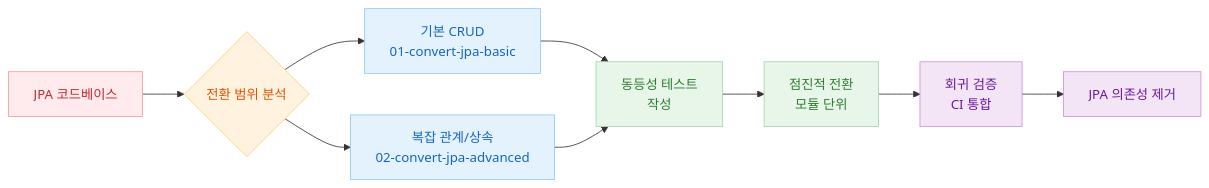
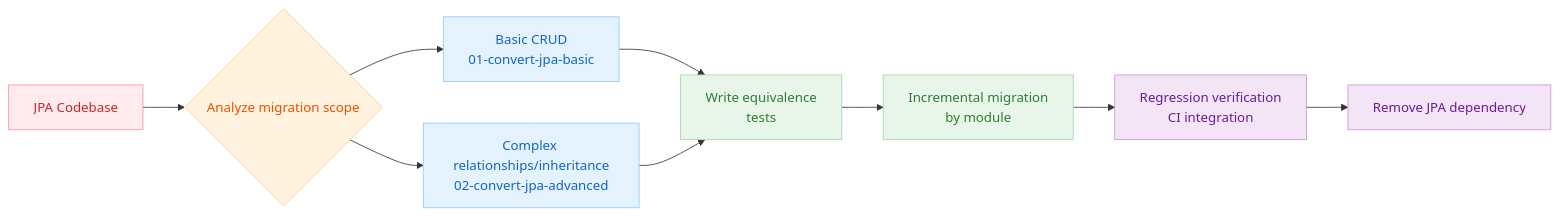
One commit to bluetape4k/exposed-workshop changed the first of 3 diagrams in 07-jpa/README.md. Above: the diagram before and after it, drawn with Mermaid. The commit also changed other lines of this file and 115 other files, not shown here.

````diff
--- a/07-jpa/README.md
+++ b/07-jpa/README.md
@@ -33,23 +35,23 @@
 ```mermaid
 flowchart LR
-    A[JPA 코드베이스] --> B{전환 범위 분석}
-    B --> C[기본 CRUD\n01-convert-jpa-basic]
-    B --> D[복잡 관계/상속\n02-convert-jpa-advanced]
-    C --> E[동등성 테스트\n작성]
+    A[JPA Codebase] --> B{Analyze migration scope}
+    B --> C[Basic CRUD\n01-convert-jpa-basic]
+    B --> D[Complex relationships/inheritance\n02-convert-jpa-advanced]
+    C --> E[Write equivalence\ntests]
     D --> E
-    E --> F[점진적 전환\n모듈 단위]
-    F --> G[회귀 검증\nCI 통합]
-    G --> H[JPA 의존성 제거]
+    E --> F[Incremental migration\nby module]
+    F --> G[Regression verification\nCI integration]
+    G --> H[Remove JPA dependency]
 
     classDef red fill:#FFEBEE,stroke:#EF9A9A,color:#C62828
     classDef blue fill:#E3F2FD,stroke:#90CAF9,color:#1565C0
     classDef green fill:#E8F5E9,stroke:#A5D6A7,color:#2E7D32
     classDef orange fill:#FFF3E0,stroke:#FFCC80,color:#E65100
     classDef purple fill:#F3E5F5,stroke:#CE93D8,color:#6A1B9A
 
     class A red
     class B orange
     class C,D blue
     class E,F green
     class G,H purple
 ```
````
